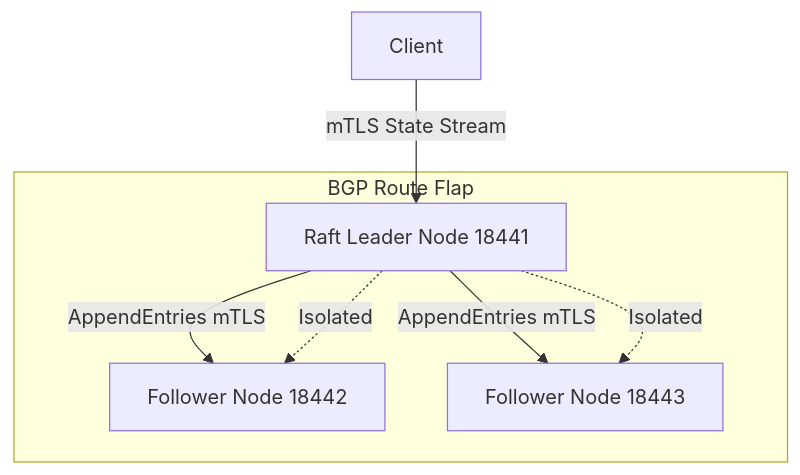
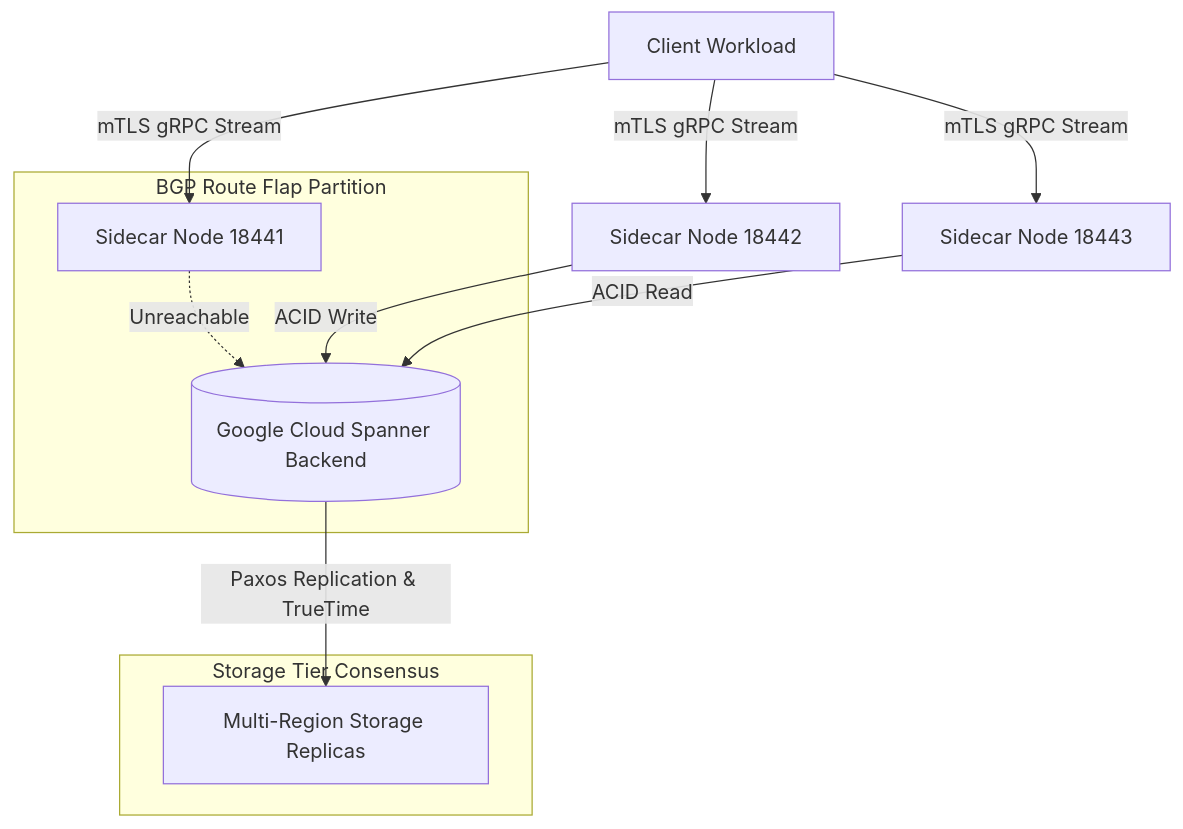
Before and after one commit to abhiavi/google-sovereign-portfolio: the diagram in track11_vertex_adk_mesh/README.md, drawn with Mermaid. The commit also changed other lines of this file and 23 other files, not shown here.

Commit message:
feat: complete red team architecture hardening (ScaNN, LoRA, Spanner, APF)

````diff
--- a/track11_vertex_adk_mesh/README.md
+++ b/track11_vertex_adk_mesh/README.md
@@ -7,10 +18,17 @@
 ```mermaid
 graph TD
-    Client -->|mTLS State Stream| Leader[Raft Leader Node 18441]
-    Leader -->|AppendEntries mTLS| FollowerB[Follower Node 18442]
-    Leader -->|AppendEntries mTLS| FollowerC[Follower Node 18443]
-    subgraph BGP Route Flap
-        Leader -.->|Isolated| FollowerB
-        Leader -.->|Isolated| FollowerC
+    Client[Client Workload] -->|mTLS gRPC Stream| SidecarA[Sidecar Node 18441]
+    Client -->|mTLS gRPC Stream| SidecarB[Sidecar Node 18442]
+    Client -->|mTLS gRPC Stream| SidecarC[Sidecar Node 18443]
+
+    subgraph BGP Route Flap Partition
+        SidecarA -.->|Unreachable| Spanner[(Google Cloud Spanner Backend)]
+    end
+
+    SidecarB -->|ACID Write| Spanner
+    SidecarC -->|ACID Read| Spanner
+    
+    subgraph Storage Tier Consensus
+        Spanner -->|Paxos Replication & TrueTime| MultiRegionStorage[Multi-Region Storage Replicas]
     end
 ```
````
